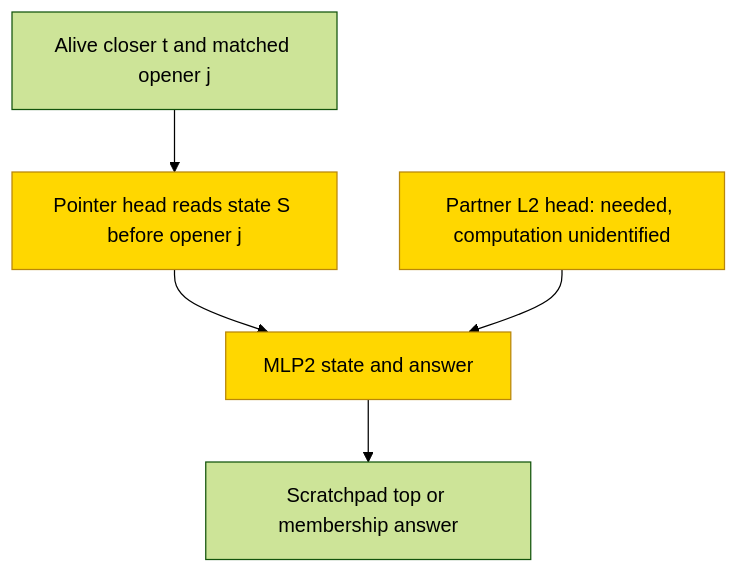
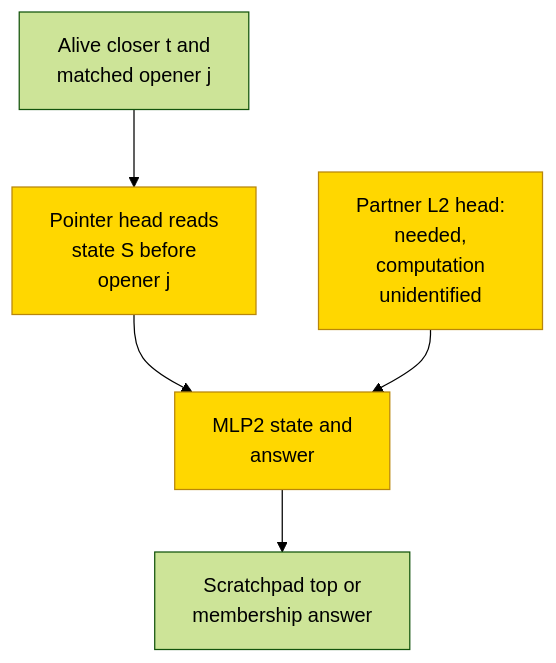
One commit to jc1122/mechanistic-interpretability-circuit-atlas changed the second of 2 diagrams in entries/dyck-k-and-agreement.md. Above: the diagram before and after it, drawn with Mermaid (forest theme). The commit also changed 39 other files, not shown here.

````diff
--- a/entries/dyck-k-and-agreement.md
+++ b/entries/dyck-k-and-agreement.md
@@ -145,11 +145,11 @@
 ```mermaid
 flowchart TD
     accTitle: Partial pre-opener-state pointer with unidentified partner
     accDescr: At a valid closer, the proposed pointer copies the state written before its matching opener. A needed partner head also feeds the final state MLP, but its computation is unidentified. All marked heads and MLP are trained. Status is partial: pointer substitution passes only the named seeds and partner resampling fails; native address computation is not proved.
-  A["Alive closer t and matched opener j"] --> B["Pointer head reads state S before opener j"]
-  B --> D["MLP2 state and answer"]
-  C["Partner L2 head: needed, computation unidentified"] --> D
-  D --> E["Scratchpad top or membership answer"]
+  A["Alive closer t and<br/>matched opener j"] --> B["Pointer head reads<br/>state S before<br/>opener j"]
+  B --> D["MLP2 state and<br/>answer"]
+  C["Partner L2 head:<br/>needed,<br/>computation<br/>unidentified"] --> D
+  D --> E["Scratchpad top or<br/>membership answer"]
   classDef trained fill:gold,stroke:darkgoldenrod,color:black
   class B,C,D trained
 ```
````
